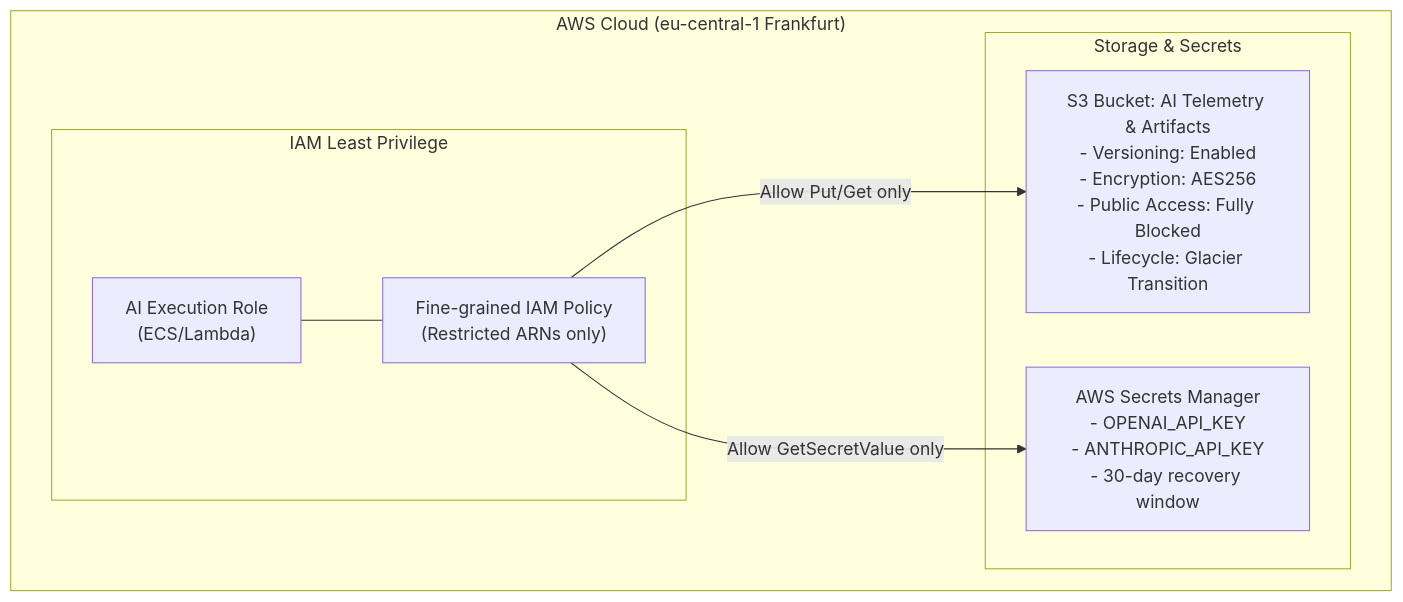
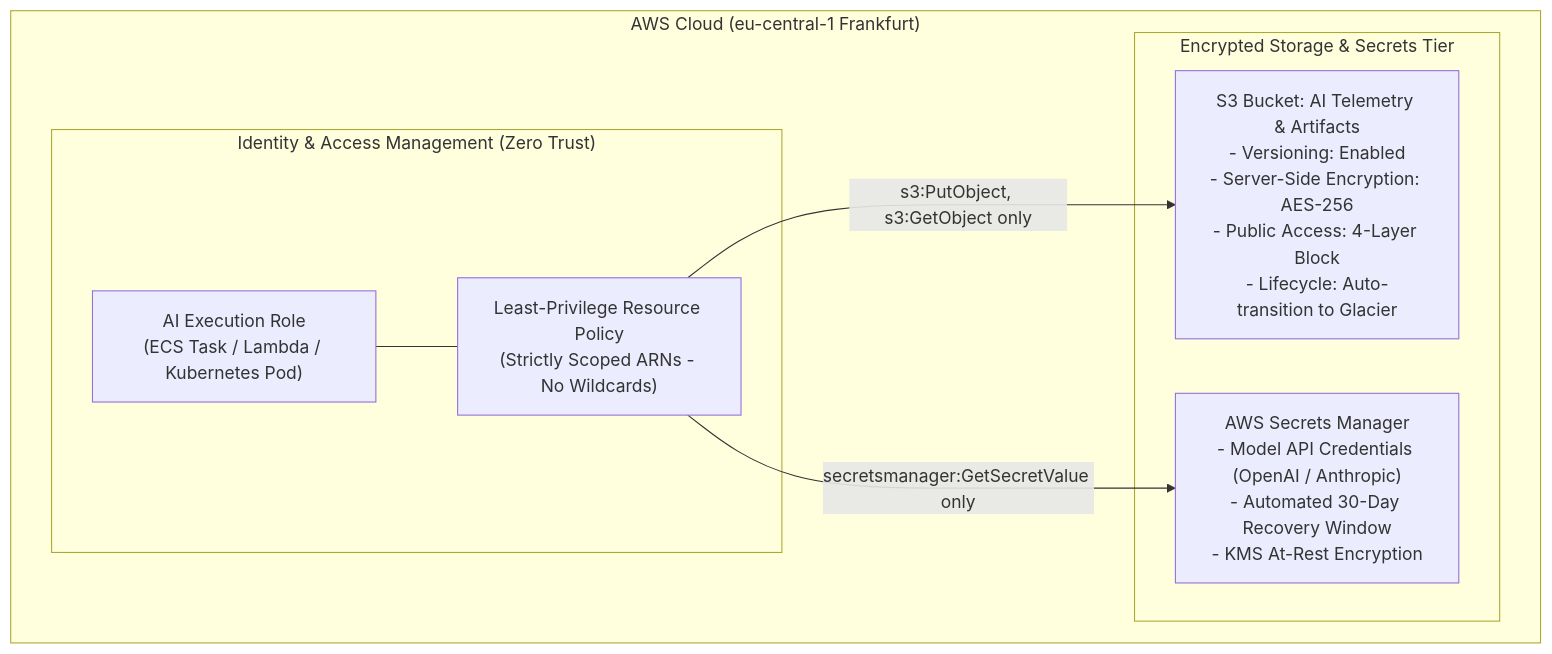
The diagram in README.md (nidhijain16/aws-terraform-ai-telemetry), drawn with Mermaid before and after one commit. The commit also changed other lines of this file and 1 other file, not shown here.

````diff
--- a/README.md
+++ b/README.md
@@ -22,18 +10,18 @@
 ```mermaid
 flowchart TD
     subgraph AWS["AWS Cloud (eu-central-1 Frankfurt)"]
-        subgraph IAM["IAM Least Privilege"]
-            Role["AI Execution Role\n(ECS/Lambda)"]
-            Policy["Fine-grained IAM Policy\n(Restricted ARNs only)"]
+        subgraph IAM["Identity & Access Management (Zero Trust)"]
+            Role["AI Execution Role\n(ECS Task / Lambda / Kubernetes Pod)"]
+            Policy["Least-Privilege Resource Policy\n(Strictly Scoped ARNs - No Wildcards)"]
             Role --- Policy
         end
 
-        subgraph Storage["Storage & Secrets"]
-            S3["S3 Bucket: AI Telemetry & Artifacts\n- Versioning: Enabled\n- Encryption: AES256\n- Public Access: Fully Blocked\n- Lifecycle: Glacier Transition"]
-            Secrets["AWS Secrets Manager\n- OPENAI_API_KEY\n- ANTHROPIC_API_KEY\n- 30-day recovery window"]
+        subgraph Storage["Encrypted Storage & Secrets Tier"]
+            S3["S3 Bucket: AI Telemetry & Artifacts\n- Versioning: Enabled\n- Server-Side Encryption: AES-256\n- Public Access: 4-Layer Block\n- Lifecycle: Auto-transition to Glacier"]
+            Secrets["AWS Secrets Manager\n- Model API Credentials (OpenAI / Anthropic)\n- Automated 30-Day Recovery Window\n- KMS At-Rest Encryption"]
         end
 
-        Policy -->|Allow Put/Get only| S3
-        Policy -->|Allow GetSecretValue only| Secrets
+        Policy -->|s3:PutObject, s3:GetObject only| S3
+        Policy -->|secretsmanager:GetSecretValue only| Secrets
     end
 ```
````
